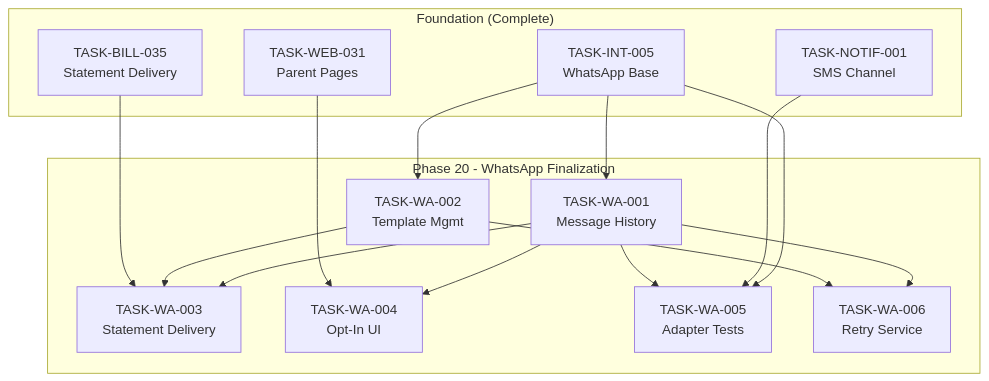
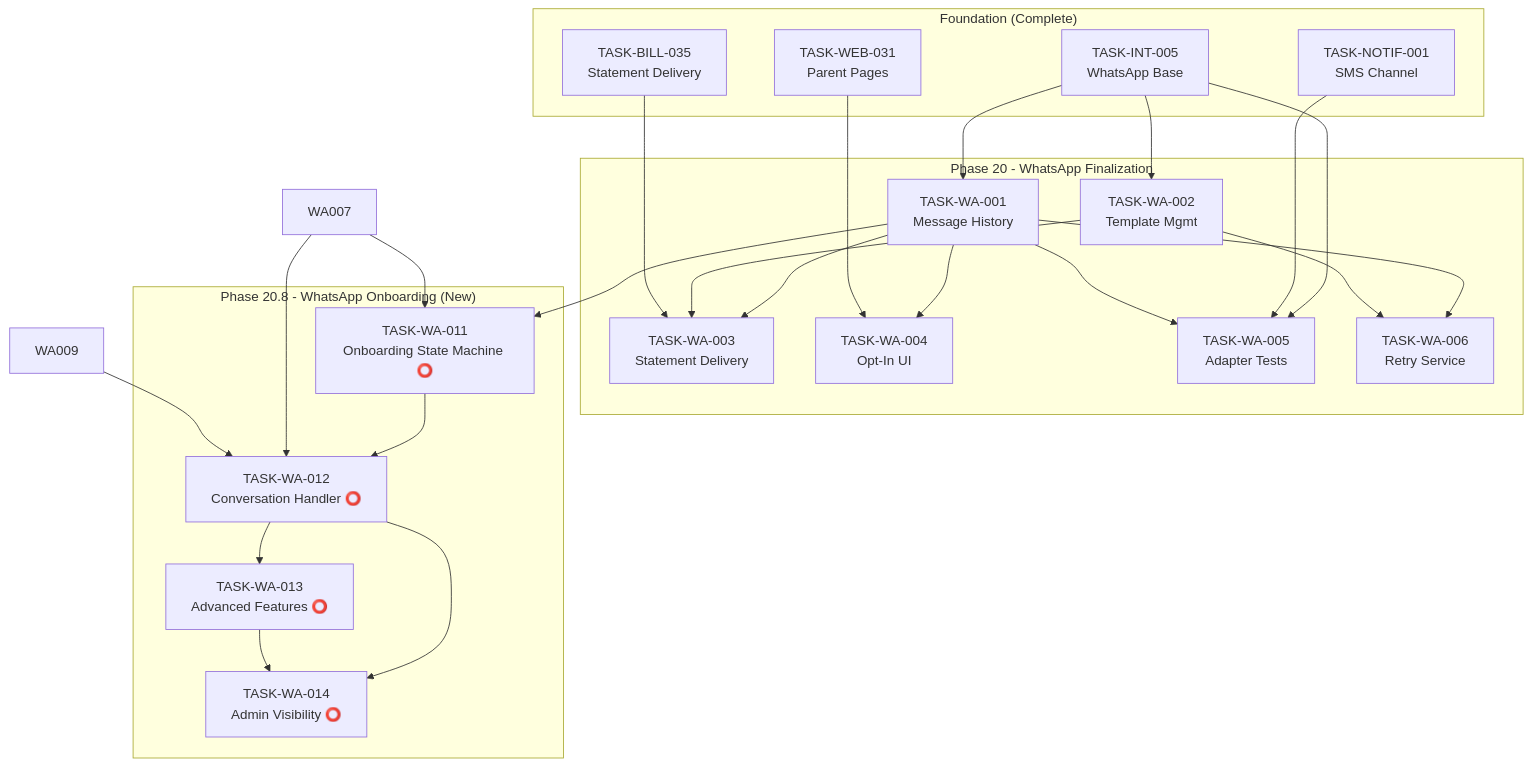
One commit to Smashkat12/crechebooks changed the seventh of 15 diagrams in specs/tasks/_index.md. Above: the diagram before and after it, drawn with Mermaid. The commit also changed other lines of this file and 19 other files, not shown here.

First line of the commit message:
feat(whatsapp): implement parent onboarding via conversational flow

````diff
--- a/specs/tasks/_index.md
+++ b/specs/tasks/_index.md
@@ -1614,31 +1787,47 @@
 ```mermaid
 graph TD
     subgraph "Foundation (Complete)"
         INT005[TASK-INT-005<br/>WhatsApp Base]
         BILL035[TASK-BILL-035<br/>Statement Delivery]
         NOTIF001[TASK-NOTIF-001<br/>SMS Channel]
         WEB031[TASK-WEB-031<br/>Parent Pages]
     end
 
     subgraph "Phase 20 - WhatsApp Finalization"
         WA001[TASK-WA-001<br/>Message History]
         WA002[TASK-WA-002<br/>Template Mgmt]
         WA003[TASK-WA-003<br/>Statement Delivery]
         WA004[TASK-WA-004<br/>Opt-In UI]
         WA005[TASK-WA-005<br/>Adapter Tests]
         WA006[TASK-WA-006<br/>Retry Service]
     end
 
+    subgraph "Phase 20.8 - WhatsApp Onboarding (New)"
+        WA011[TASK-WA-011<br/>Onboarding State Machine ⭕]
+        WA012[TASK-WA-012<br/>Conversation Handler ⭕]
+        WA013[TASK-WA-013<br/>Advanced Features ⭕]
+        WA014[TASK-WA-014<br/>Admin Visibility ⭕]
+    end
+
     INT005 --> WA001
     INT005 --> WA002
     WA001 --> WA003
     WA002 --> WA003
     BILL035 --> WA003
     WA001 --> WA004
     WEB031 --> WA004
     INT005 --> WA005
     NOTIF001 --> WA005
     WA001 --> WA005
     WA001 --> WA006
     WA002 --> WA006
+
+    WA001 --> WA011
+    WA007 --> WA011
+    WA011 --> WA012
+    WA007 --> WA012
+    WA009 --> WA012
+    WA012 --> WA013
+    WA012 --> WA014
+    WA013 --> WA014
 ```
````
